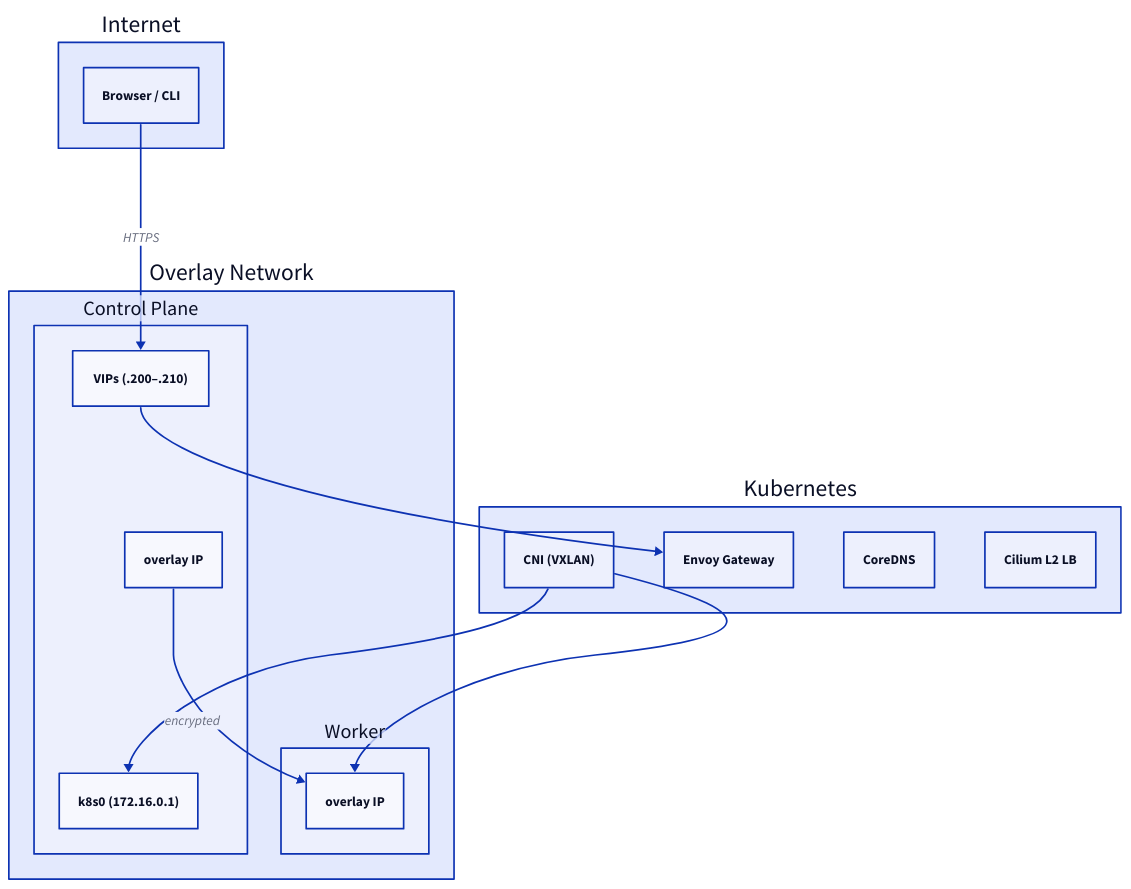
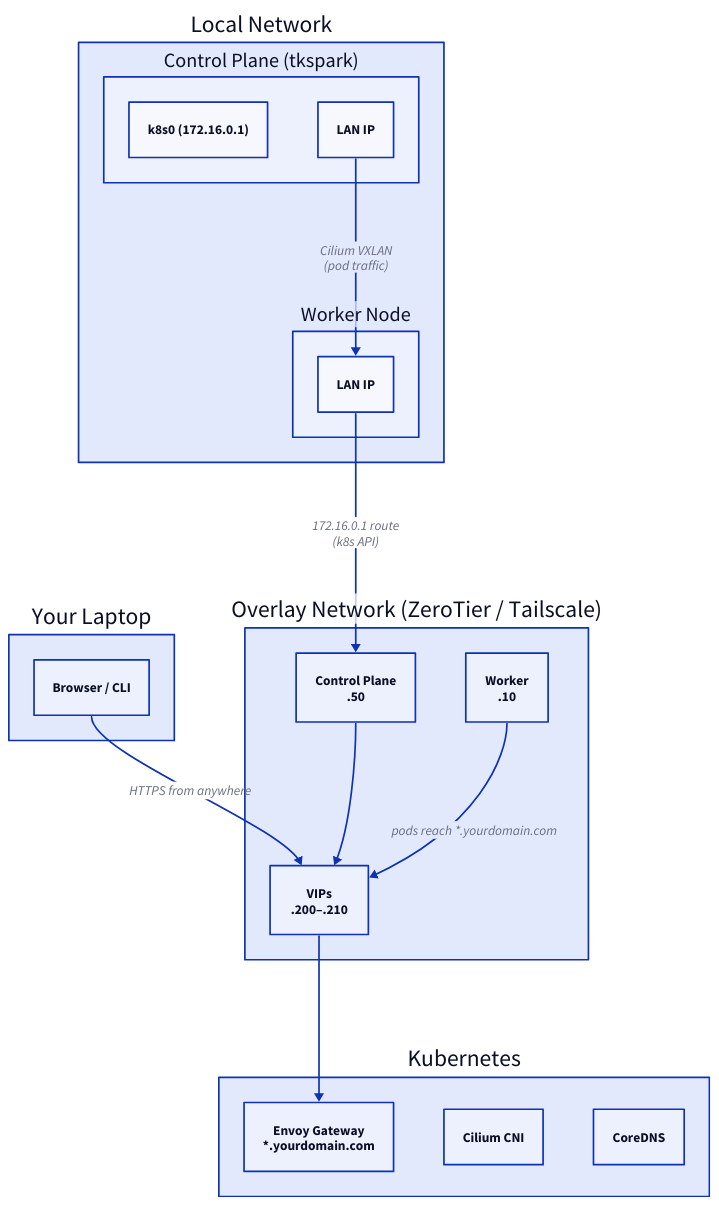
One commit to thinkube/thinkube.org changed the first of 2 diagrams in src/content/docs/architecture/networking.md. Above: the diagram before and after it, drawn with D2. The commit also changed other lines of this file, not shown here.

Commit message:
fix networking page framing: overlay is for remote access, not distributed nodes
Nodes are on the same LAN. The overlay exists so clients (your laptop)
can reach the platform from anywhere, and so worker pods can resolve
*.yourdomain.com to VIPs on the overlay interface. Rewrite intro,
diagram, and multi-node section to reflect the actual architecture.

````diff
--- a/src/content/docs/architecture/networking.md
+++ b/src/content/docs/architecture/networking.md
@@ -13,29 +19,34 @@
 ```d2
-Internet: {
-  Client: Browser / CLI
+Your Laptop: {
+  browser: "Browser / CLI"
 }
 
-Overlay Network: {
-  Node A: Control Plane {
+LAN: "Local Network" {
+  control: "Control Plane (tkspark)" {
     k8s0: "k8s0 (172.16.0.1)"
-    overlay: "overlay IP"
-    VIPs: "VIPs (.200–.210)"
+    lan_ip: "LAN IP"
   }
-  Node B: Worker {
-    overlay2: "overlay IP"
+  worker: "Worker Node" {
+    lan_ip2: "LAN IP"
   }
+  control.lan_ip -> worker.lan_ip2: "Cilium VXLAN\n(pod traffic)"
+}
+
+Overlay: "Overlay Network (ZeroTier / Tailscale)" {
+  cp_overlay: "Control Plane\n.50"
+  vips: "VIPs\n.200–.210"
+  w_overlay: "Worker\n.10"
+  cp_overlay -> vips
 }
 
 Kubernetes: {
-  Cilium: CNI (VXLAN)
-  Gateway: Envoy Gateway
-  DNS: CoreDNS
-  LB: "Cilium L2 LB"
+  Gateway: "Envoy Gateway\n*.yourdomain.com"
+  Cilium: "Cilium CNI"
+  DNS: "CoreDNS"
 }
 
-Internet.Client -> Overlay Network.Node A.VIPs: HTTPS
-Overlay Network.Node A.VIPs -> Kubernetes.Gateway
-Overlay Network.Node A.overlay -> Overlay Network.Node B.overlay2: encrypted
-Kubernetes.Cilium -> Overlay Network.Node A.k8s0
-Kubernetes.Cilium -> Overlay Network.Node B.overlay2
+Your Laptop.browser -> Overlay.vips: "HTTPS from anywhere"
+Overlay.w_overlay -> Overlay.vips: "pods reach *.yourdomain.com"
+Overlay.vips -> Kubernetes.Gateway
+LAN.worker.lan_ip2 -> Overlay.cp_overlay: "172.16.0.1 route\n(k8s API)"
 ```
````
